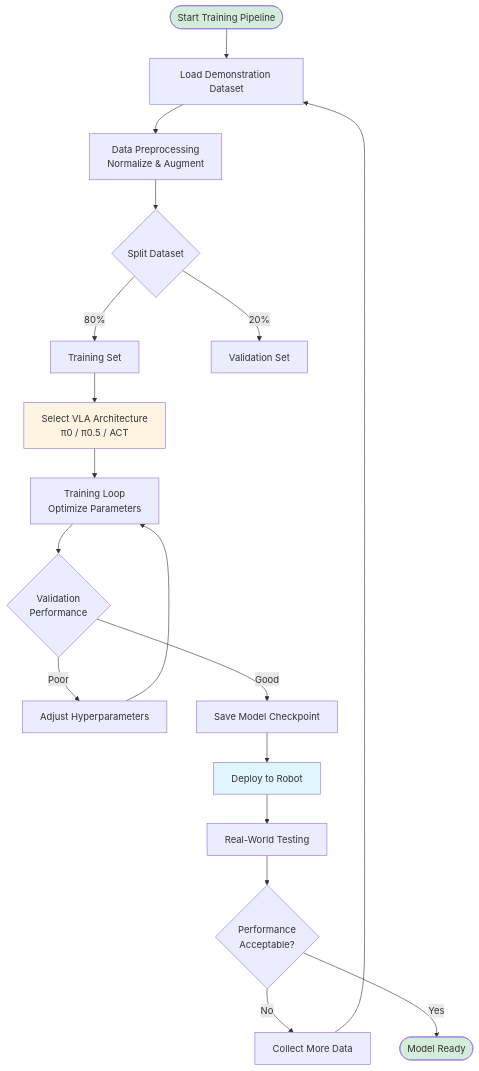
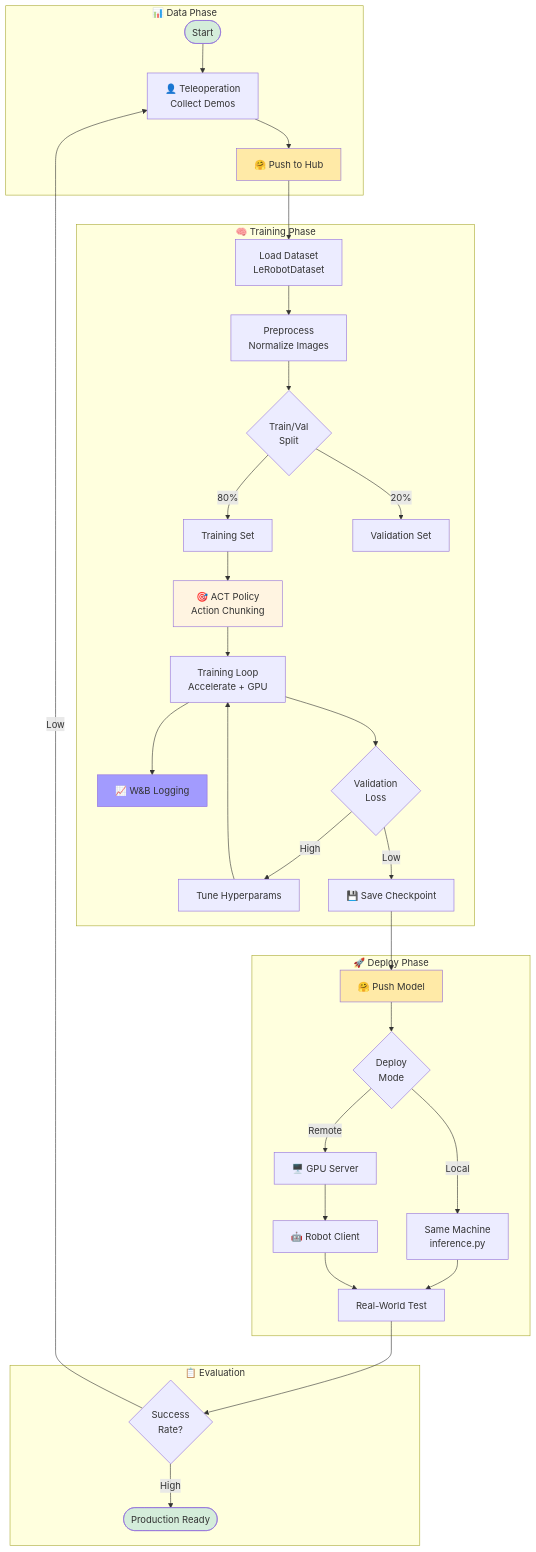
Before and after one commit to nu-jliu/nu-jliu.github.io: the ninth of 12 diagrams in _posts/2025-12-18-allen-vla.md, drawn with Mermaid. The commit also changed other lines of this file, not shown here.

Commit message:
update allen vla, finished demo

````diff
--- a/_posts/2025-12-18-allen-vla.md
+++ b/_posts/2025-12-18-allen-vla.md
@@ -277,30 +654,45 @@
 ```mermaid
 flowchart TD
-    START([Start Training Pipeline]) --> LOAD[Load Demonstration Dataset]
-    LOAD --> PREPROC[Data Preprocessing<br/>Normalize & Augment]
-    PREPROC --> SPLIT{Split Dataset}
+    subgraph DataPhase["📊 Data Phase"]
+        START([Start]) --> COLLECT["👤 Teleoperation<br/>Collect Demos"]
+        COLLECT --> UPLOAD["🤗 Push to Hub"]
+    end
 
-    SPLIT -->|80%| TRAIN_DATA[Training Set]
-    SPLIT -->|20%| VAL_DATA[Validation Set]
+    subgraph TrainPhase["🧠 Training Phase"]
+        UPLOAD --> LOAD["Load Dataset<br/>LeRobotDataset"]
+        LOAD --> PREPROC["Preprocess<br/>Normalize Images"]
+        PREPROC --> SPLIT{"Train/Val<br/>Split"}
+        SPLIT -->|80%| TRAIN["Training Set"]
+        SPLIT -->|20%| VAL["Validation Set"]
+        TRAIN --> MODEL["🎯 ACT Policy<br/>Action Chunking"]
+        MODEL --> LOOP["Training Loop<br/>Accelerate + GPU"]
+        LOOP --> WANDB["📈 W&B Logging"]
+        LOOP --> CHECK{"Validation<br/>Loss"}
+        CHECK -->|High| HYPER["Tune Hyperparams"]
+        HYPER --> LOOP
+        CHECK -->|Low| SAVE["💾 Save Checkpoint"]
+    end
 
-    TRAIN_DATA --> MODEL[Select VLA Architecture<br/>π0 / π0.5 / ACT]
-    MODEL --> TRAIN_LOOP[Training Loop<br/>Optimize Parameters]
+    subgraph DeployPhase["🚀 Deploy Phase"]
+        SAVE --> PUSH_MODEL["🤗 Push Model"]
+        PUSH_MODEL --> DEPLOY{"Deploy<br/>Mode"}
+        DEPLOY -->|Local| LOCAL["Same Machine<br/>inference.py"]
+        DEPLOY -->|Remote| SERVER["🖥️ GPU Server"]
+        SERVER --> CLIENT["🤖 Robot Client"]
+        LOCAL --> TEST["Real-World Test"]
+        CLIENT --> TEST
+    end
 
-    TRAIN_LOOP --> VAL{Validation<br/>Performance}
-    VAL -->|Poor| HYPER[Adjust Hyperparameters]
-    HYPER --> TRAIN_LOOP
-
-    VAL -->|Good| CHECKPOINT[Save Model Checkpoint]
-    CHECKPOINT --> DEPLOY[Deploy to Robot]
-    DEPLOY --> TEST[Real-World Testing]
-
-    TEST --> EVAL{Performance<br/>Acceptable?}
-    EVAL -->|No| COLLECT[Collect More Data]
-    COLLECT --> LOAD
-    EVAL -->|Yes| END([Model Ready])
+    subgraph EvalPhase["📋 Evaluation"]
+        TEST --> EVAL{"Success<br/>Rate?"}
+        EVAL -->|Low| COLLECT
+        EVAL -->|High| END([Production Ready])
+    end
 
     style START fill:#d4edda
     style END fill:#d4edda
     style MODEL fill:#fff4e1
-    style DEPLOY fill:#e1f5ff
+    style WANDB fill:#a29bfe
+    style PUSH_MODEL fill:#ffeaa7
+    style UPLOAD fill:#ffeaa7
 ```
````
